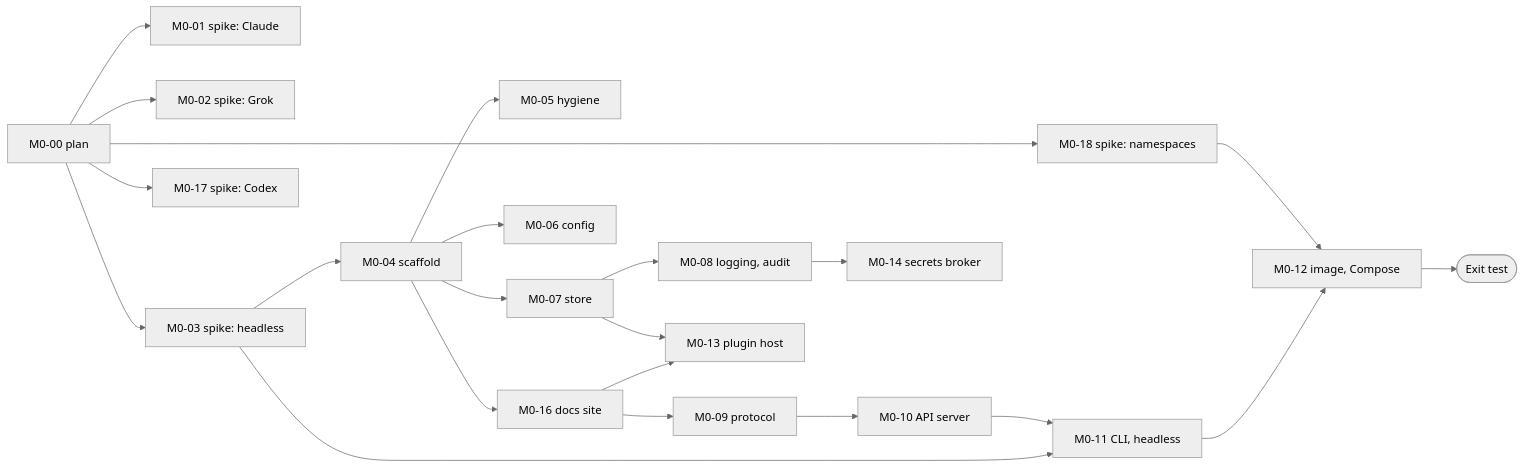
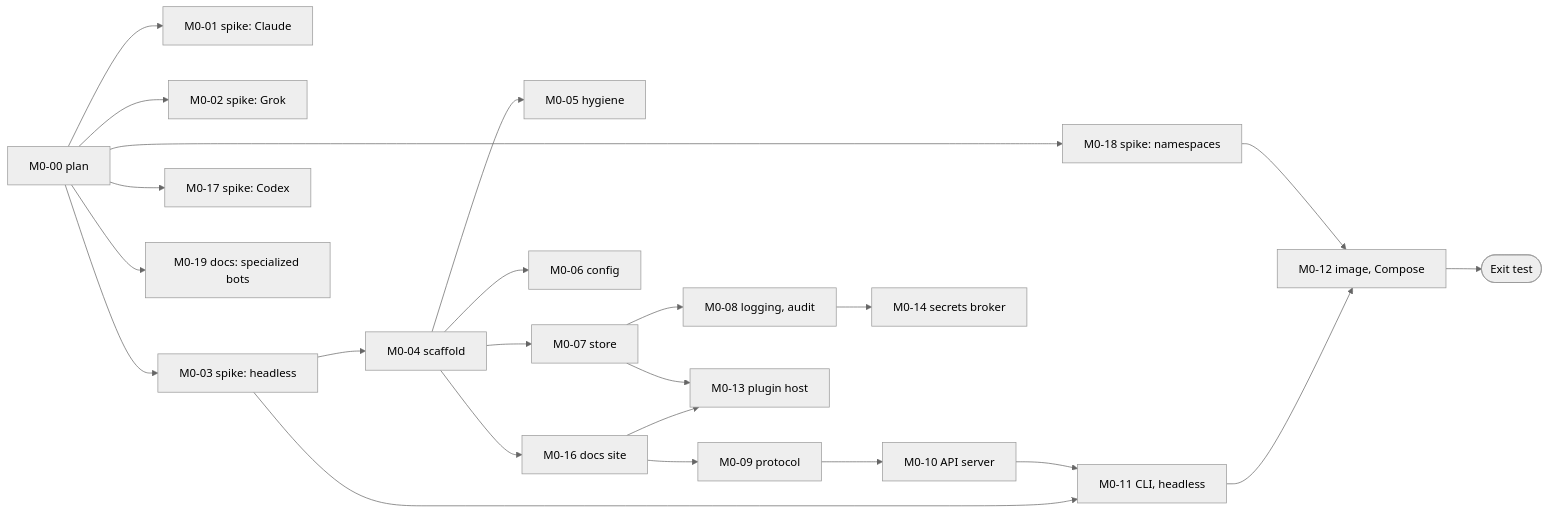
One commit to jcore9/Aphelion changed the diagram in docs/plan/milestones/M0-foundations.md. Above: the diagram before and after it, drawn with Mermaid (neutral theme). The commit also changed other lines of this file and 6 other files, not shown here.

Commit message:
docs(bots): write down the specialized-bot model (#176)

````diff
--- a/docs/plan/milestones/M0-foundations.md
+++ b/docs/plan/milestones/M0-foundations.md
@@ -55,24 +56,25 @@
 ```mermaid
 flowchart LR
   m00["M0-00 plan"] --> s1["M0-01 spike: Claude"]
   m00 --> s2["M0-02 spike: Grok"]
   m00 --> s3["M0-03 spike: headless"]
   m00 --> s4["M0-17 spike: Codex"]
   m00 --> s5["M0-18 spike: namespaces"]
+  m00 --> d1["M0-19 docs: specialized bots"]
   s5 --> m12
   s3 --> m04["M0-04 scaffold"]
   m04 --> m05["M0-05 hygiene"]
   m04 --> m16["M0-16 docs site"]
   m04 --> m06["M0-06 config"]
   m04 --> m07["M0-07 store"]
   m07 --> m08["M0-08 logging, audit"]
   m16 --> m09["M0-09 protocol"]
   m09 --> m10["M0-10 API server"]
   m10 --> m11["M0-11 CLI, headless"]
   s3 --> m11
   m11 --> m12["M0-12 image, Compose"]
   m07 --> m13["M0-13 plugin host"]
   m16 --> m13
   m08 --> m14["M0-14 secrets broker"]
   m12 --> exit(["Exit test"])
 ```
````
